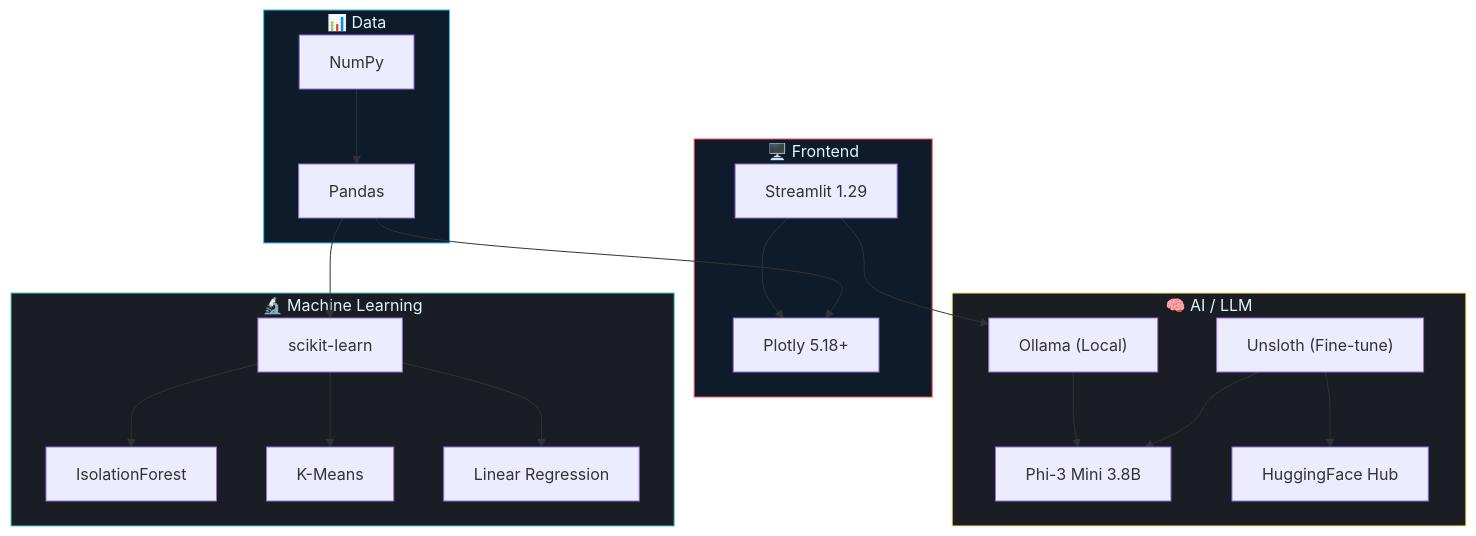
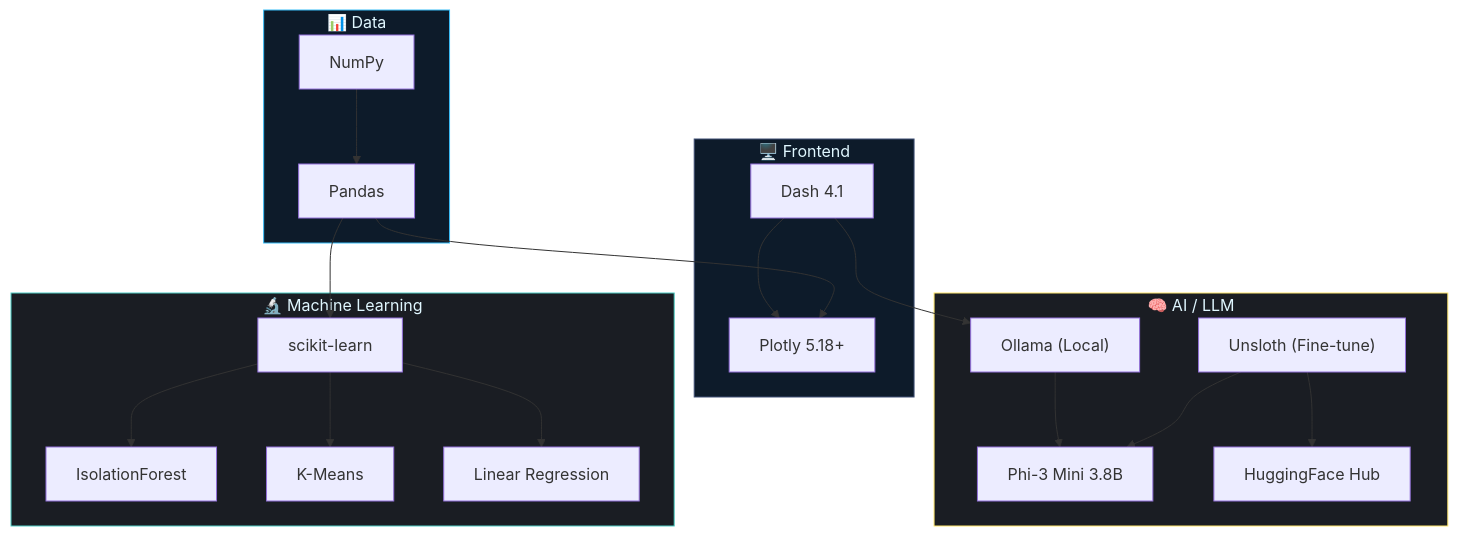
Before and after one commit to HeshamXOR/BuisnessBI: the sixth of 6 diagrams in README.md, drawn with Mermaid. The commit also changed other lines of this file and 2 other files, not shown here.

Commit message:
Update README for Dash workflow and remove obsolete Streamlit config

````diff
--- a/README.md
+++ b/README.md
@@ -512,43 +517,43 @@
 ```mermaid
 graph TB
     subgraph FRONTEND ["🖥️ Frontend"]
-        ST["Streamlit 1.29"]
+        ST["Dash 4.1"]
         PL["Plotly 5.18+"]
     end
 
     subgraph AI ["🧠 AI / LLM"]
         OL["Ollama (Local)"]
         PHI["Phi-3 Mini 3.8B"]
         US["Unsloth (Fine-tune)"]
         HF["HuggingFace Hub"]
     end
 
     subgraph ML_STACK ["🔬 Machine Learning"]
         SK["scikit-learn"]
         IF["IsolationForest"]
         KM["K-Means"]
         LR["Linear Regression"]
     end
 
     subgraph DATA ["📊 Data"]
         PD["Pandas"]
         NP["NumPy"]
     end
 
     ST --> PL
     ST --> OL
     OL --> PHI
     US --> PHI
     US --> HF
     SK --> IF
     SK --> KM
     SK --> LR
     PD --> SK
     PD --> PL
     NP --> PD
 
-    style FRONTEND fill:#0d1b2a,stroke:#ff4b4b,color:#e0f7ff
+    style FRONTEND fill:#0d1b2a,stroke:#3f4f75,color:#e0f7ff
     style AI fill:#1a1d23,stroke:#ffe66d,color:#e0f7ff
     style ML_STACK fill:#1a1d23,stroke:#4ecdc4,color:#e0f7ff
     style DATA fill:#0d1b2a,stroke:#38bdf8,color:#e0f7ff
 ```
````
